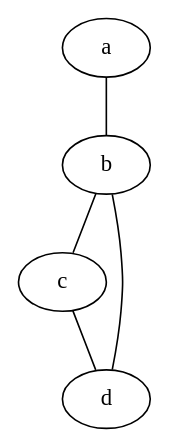
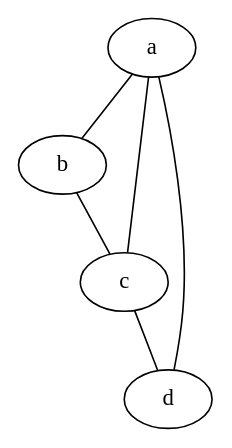
The diagram in testes/f.dot (VytorCalixto/A-menina-me-deixou-com-k-partido), drawn with Graphviz before and after one commit. The commit also changed 3 other files, not shown here.

```diff
--- a/testes/f.dot
+++ b/testes/f.dot
@@ -1,6 +1,7 @@
 strict graph "wasd" {
 	a -- b
 	b -- c
 	c -- d
-	b -- d
+	d -- a
+	a -- c
 }
```
